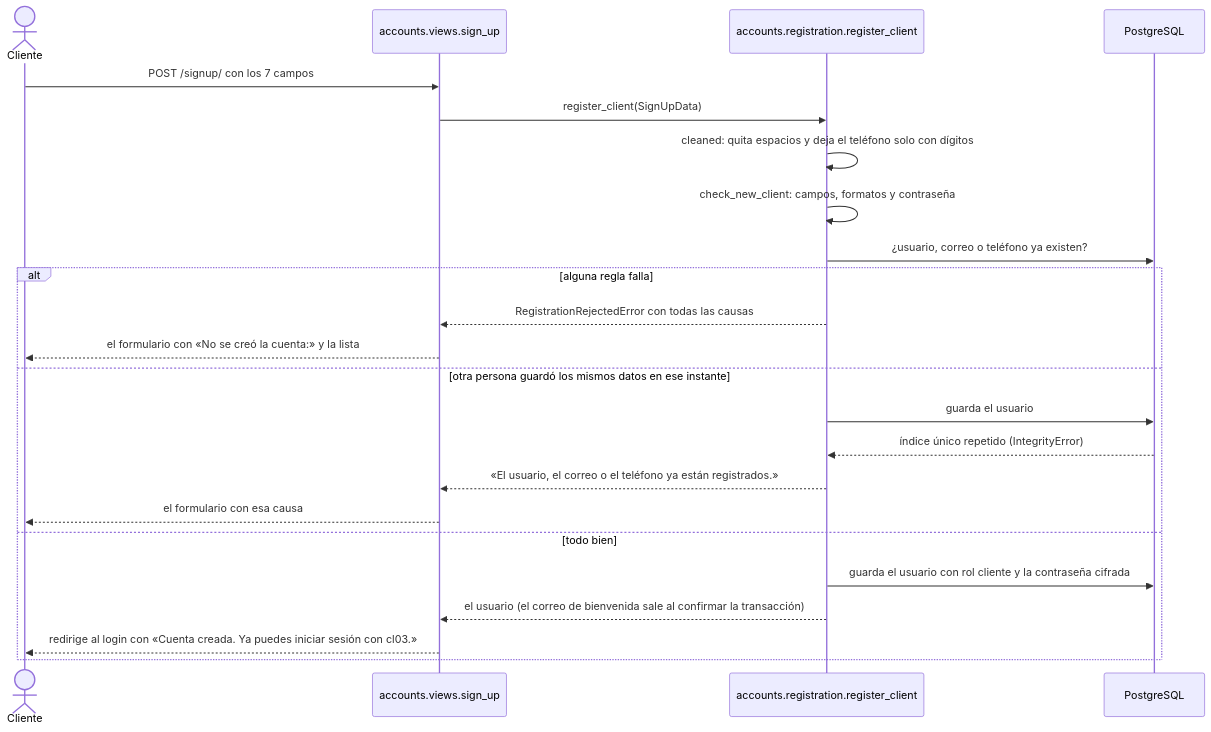
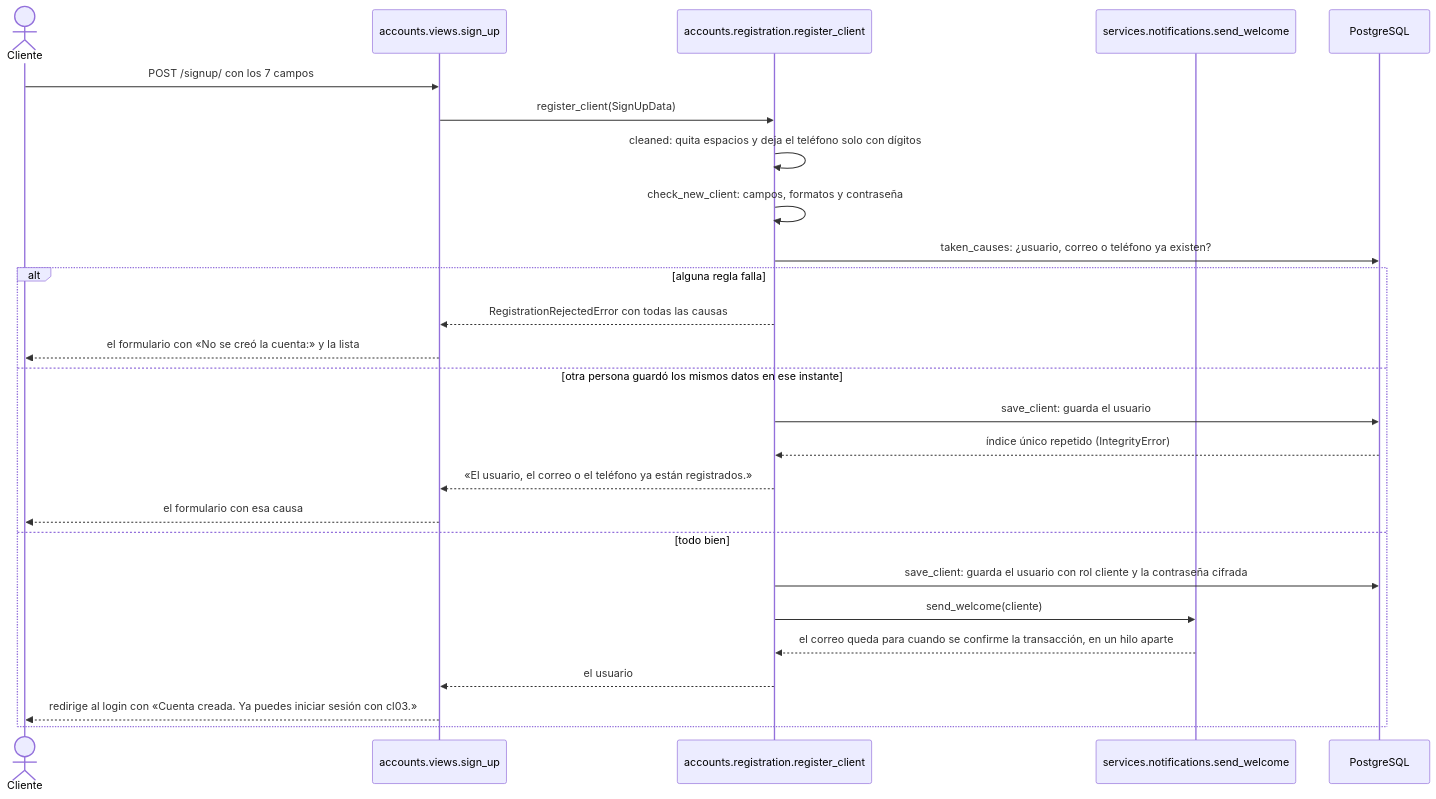
The third of 39 diagrams in docs/casos-de-uso.md (peterteranb/astra-rent-system), drawn with Mermaid before and after one commit. The commit also changed other lines of this file and 9 other files, not shown here.

````diff
--- a/docs/casos-de-uso.md
+++ b/docs/casos-de-uso.md
@@ -153,25 +230,28 @@
 ```mermaid
 sequenceDiagram
     actor C as Cliente
     participant V as accounts.views.sign_up
     participant U as accounts.registration.register_client
+    participant N as services.notifications.send_welcome
     participant BD as PostgreSQL
     C->>V: POST /signup/ con los 7 campos
     V->>U: register_client(SignUpData)
     U->>U: cleaned: quita espacios y deja el teléfono solo con dígitos
     U->>U: check_new_client: campos, formatos y contraseña
-    U->>BD: ¿usuario, correo o teléfono ya existen?
+    U->>BD: taken_causes: ¿usuario, correo o teléfono ya existen?
     alt alguna regla falla
         U-->>V: RegistrationRejectedError con todas las causas
         V-->>C: el formulario con «No se creó la cuenta:» y la lista
     else otra persona guardó los mismos datos en ese instante
-        U->>BD: guarda el usuario
+        U->>BD: save_client: guarda el usuario
         BD-->>U: índice único repetido (IntegrityError)
         U-->>V: «El usuario, el correo o el teléfono ya están registrados.»
         V-->>C: el formulario con esa causa
     else todo bien
-        U->>BD: guarda el usuario con rol cliente y la contraseña cifrada
-        U-->>V: el usuario (el correo de bienvenida sale al confirmar la transacción)
+        U->>BD: save_client: guarda el usuario con rol cliente y la contraseña cifrada
+        U->>N: send_welcome(cliente)
+        N-->>U: el correo queda para cuando se confirme la transacción, en un hilo aparte
+        U-->>V: el usuario
         V-->>C: redirige al login con «Cuenta creada. Ya puedes iniciar sesión con cl03.»
     end
 ```
````
